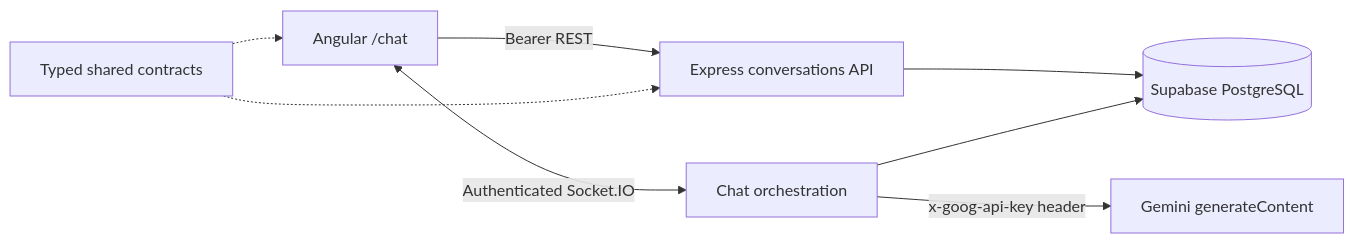
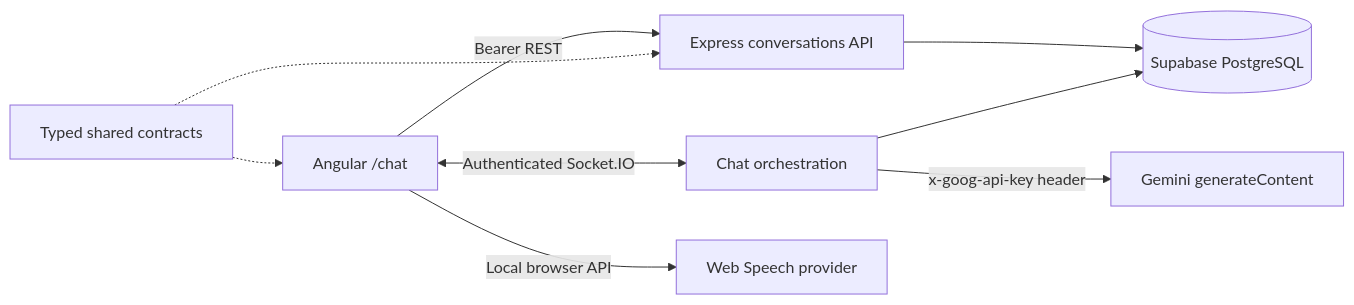
The diagram in README.md (Riki-Avi/Partner), drawn with Mermaid before and after one commit. The commit also changed other lines of this file and 15 other files, not shown here.

````diff
--- a/README.md
+++ b/README.md
@@ -27,10 +31,11 @@
 ```mermaid
 graph LR
   Browser[Angular /chat] -->|Bearer REST| API[Express conversations API]
   Browser <-->|Authenticated Socket.IO| Socket[Chat orchestration]
+  Browser -->|Local browser API| Speech[Web Speech provider]
   API --> DB[(Supabase PostgreSQL)]
   Socket --> DB
   Socket -->|x-goog-api-key header| Gemini[Gemini generateContent]
   Shared[Typed shared contracts] -.-> Browser
   Shared -.-> API
 ```
````
